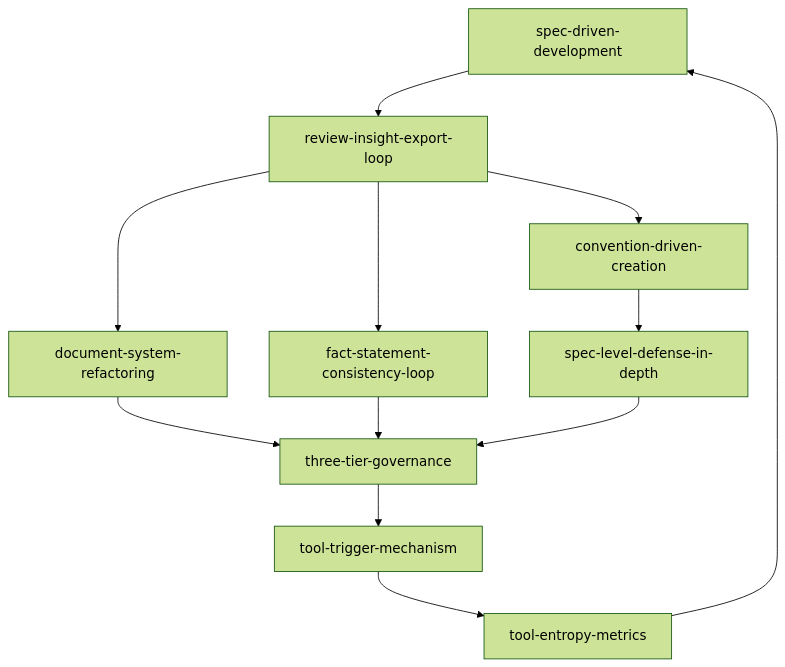
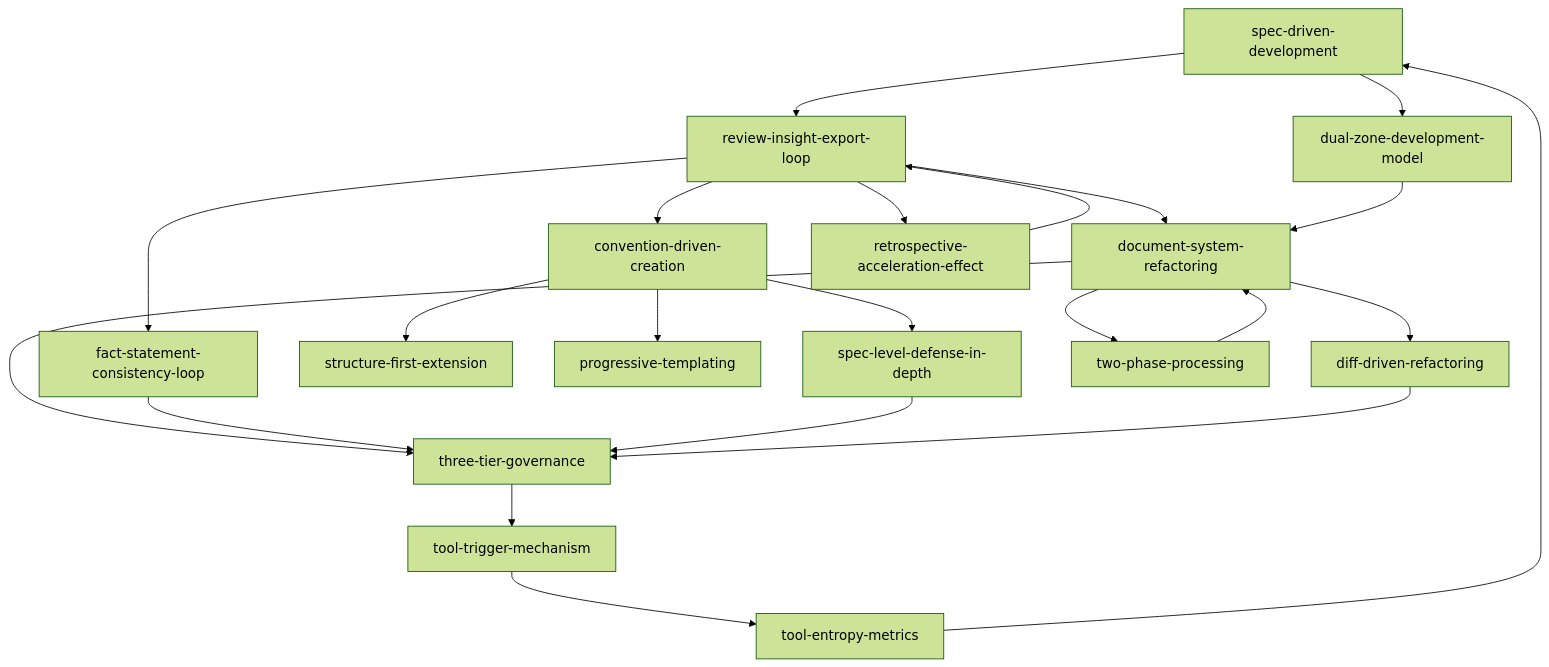
One commit to xinetzone/SpecWeave changed the diagram in docs/retrospective/patterns/methodology-patterns/README.md. Above: the diagram before and after it, drawn with Mermaid (forest theme). The commit also changed other lines of this file and 23 other files, not shown here.

````diff
--- a/docs/retrospective/patterns/methodology-patterns/README.md
+++ b/docs/retrospective/patterns/methodology-patterns/README.md
@@ -34,14 +44,24 @@
 ```mermaid
 flowchart TD
     A[spec-driven-development] --> B[review-insight-export-loop]
     B --> C[document-system-refactoring]
     C --> D[three-tier-governance]
     D --> E[tool-trigger-mechanism]
     E --> F[tool-entropy-metrics]
     F --> A
     B --> G[fact-statement-consistency-loop]
     G --> D
     B --> H[convention-driven-creation]
     H --> I[spec-level-defense-in-depth]
     I --> D
+    B --> J[retrospective-acceleration-effect]
+    J --> B
+    H --> K[structure-first-extension]
+    H --> L[progressive-templating]
+    A --> M[dual-zone-development-model]
+    M --> C
+    C --> N[diff-driven-refactoring]
+    N --> D
+    C --> O[two-phase-processing]
+    O --> C
 ```
````
